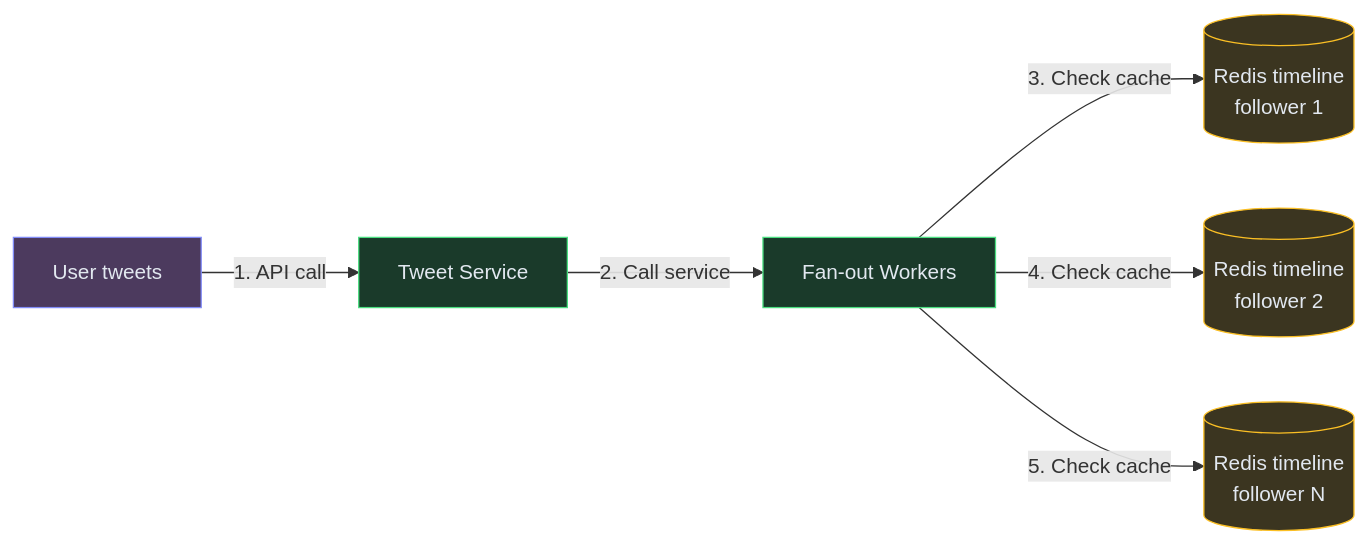
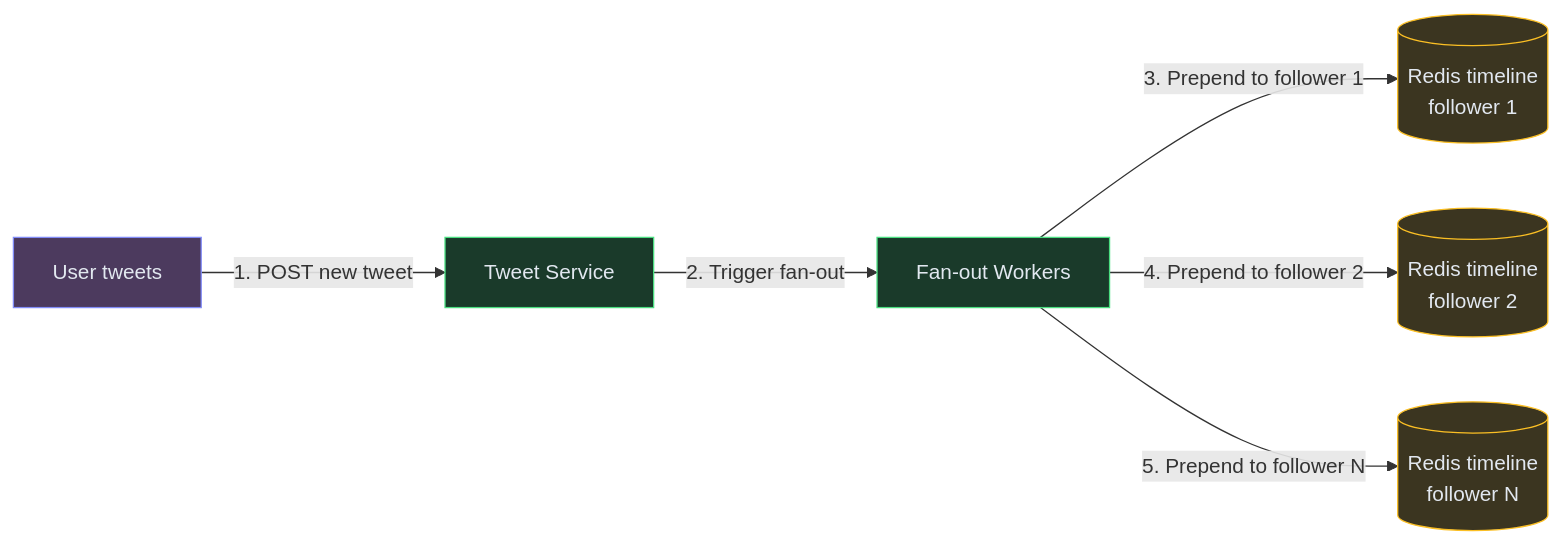
The third of 12 diagrams in content/hld/TwitterFeed.md (iluzn/HLD-Designs), drawn with Mermaid before and after one commit. The commit also changed other lines of this file and 27 other files, not shown here.

````diff
--- a/content/hld/TwitterFeed.md
+++ b/content/hld/TwitterFeed.md
@@ -122,19 +122,19 @@
 ```mermaid
 flowchart LR
     TWEET["User tweets"]:::client
     API["Tweet Service"]:::service
     FAN["Fan-out Workers"]:::service
     R1[("Redis timeline<br/>follower 1")]:::data
     R2[("Redis timeline<br/>follower 2")]:::data
     R3[("Redis timeline<br/>follower N")]:::data
 
-    TWEET -->|"1. API call"| API
-    API -->|"2. Call service"| FAN
-    FAN -->|"3. Check cache"| R1
-    FAN -->|"4. Check cache"| R2
-    FAN -->|"5. Check cache"| R3
+    TWEET -->|"1. POST new tweet"| API
+    API -->|"2. Trigger fan-out"| FAN
+    FAN -->|"3. Prepend to follower 1"| R1
+    FAN -->|"4. Prepend to follower 2"| R2
+    FAN -->|"5. Prepend to follower N"| R3
 
     classDef client fill:#4c3a5e,stroke:#818cf8,color:#e2e8f0
     classDef service fill:#1a3a2a,stroke:#4ade80,color:#e2e8f0
     classDef data fill:#3b3520,stroke:#fbbf24,color:#e2e8f0
 ```
````
